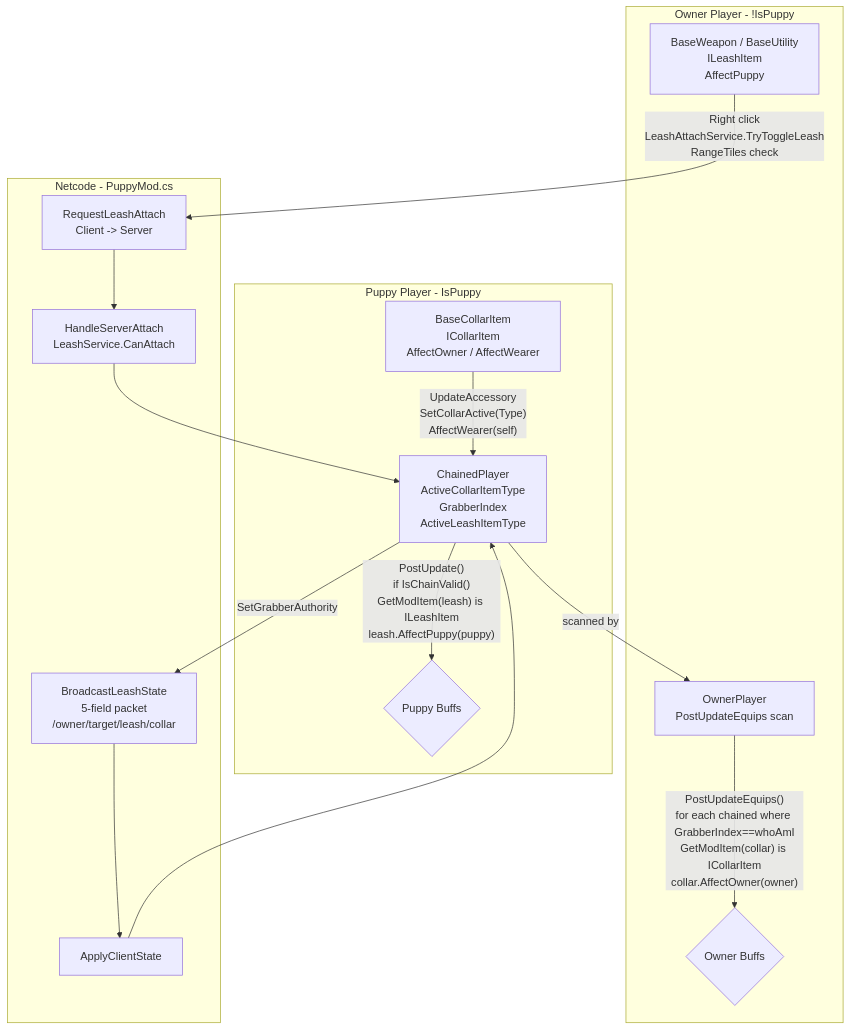
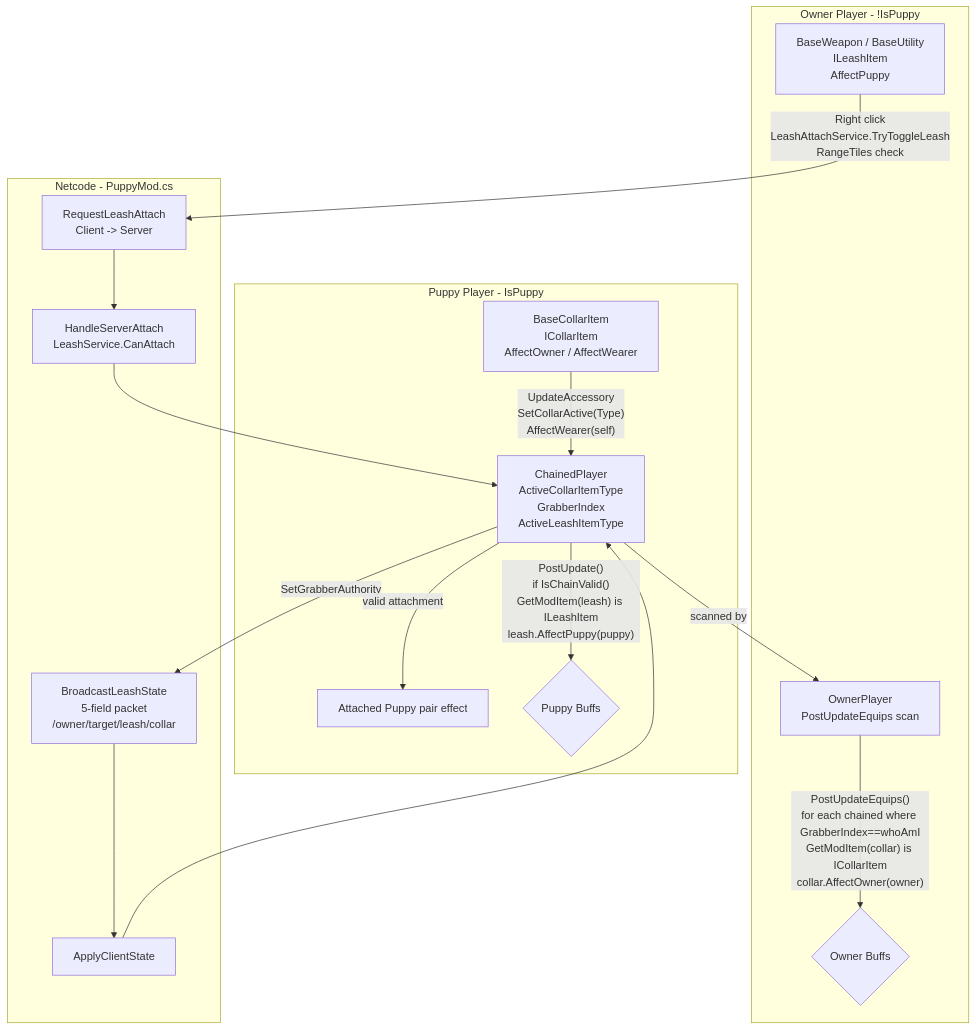
Before and after one commit to POLA-LCS/PolasPuppyMod: the diagram in docs/Leash-Collar-System.md, drawn with Mermaid. The commit also changed other lines of this file and 7 other files, not shown here.

Commit message:
docs: update puppy set architecture and behavior

````diff
--- a/docs/Leash-Collar-System.md
+++ b/docs/Leash-Collar-System.md
@@ -12,38 +14,40 @@
 ```mermaid
 flowchart TB
     subgraph PuppySide[Puppy Player - IsPuppy]
         Collar[BaseCollarItem<br/>ICollarItem<br/>AffectOwner / AffectWearer]
         Chained[ChainedPlayer<br/>ActiveCollarItemType<br/>GrabberIndex<br/>ActiveLeashItemType]
+        PairBonus[Attached Puppy pair effect]
         PuppyBuffs{Puppy Buffs}
     end
 
     subgraph OwnerSide[Owner Player - !IsPuppy]
         Leash[BaseWeapon / BaseUtility<br/>ILeashItem<br/>AffectPuppy]
         OwnerMP[OwnerPlayer<br/>PostUpdateEquips scan]
         OwnerBuffs{Owner Buffs}
     end
 
     subgraph Netcode[Netcode - PuppyMod.cs]
         ReqAttach[RequestLeashAttach<br/>Client -> Server]
         HandleAttach[HandleServerAttach<br/>LeashService.CanAttach]
         Broadcast[BroadcastLeashState<br/>5-field packet<br/>/owner/target/leash/collar]
         ApplyState[ApplyClientState]
     end
 
     %% Equip flow
     Collar -- "UpdateAccessory<br/>SetCollarActive(Type)<br/>AffectWearer(self)" --> Chained
 
     %% Leash attach flow
     Leash -- "Right click<br/>LeashAttachService.TryToggleLeash<br/>RangeTiles check" --> ReqAttach
     ReqAttach --> HandleAttach
     HandleAttach --> Chained
     Chained -- "SetGrabberAuthority" --> Broadcast
     Broadcast --> ApplyState
     ApplyState --> Chained
 
     %% Tick flows
     Chained -- "PostUpdate()<br/>if IsChainValid()<br/>GetModItem(leash) is ILeashItem<br/>leash.AffectPuppy(puppy)" --> PuppyBuffs
+    Chained -- "valid attachment" --> PairBonus
     Chained -- "scanned by" --> OwnerMP
     OwnerMP -- "PostUpdateEquips()<br/>for each chained where GrabberIndex==whoAmI<br/>GetModItem(collar) is ICollarItem<br/>collar.AffectOwner(owner)" --> OwnerBuffs
     class ReqAttach,HandleAttach,Broadcast,ApplyState net
 ```
````
